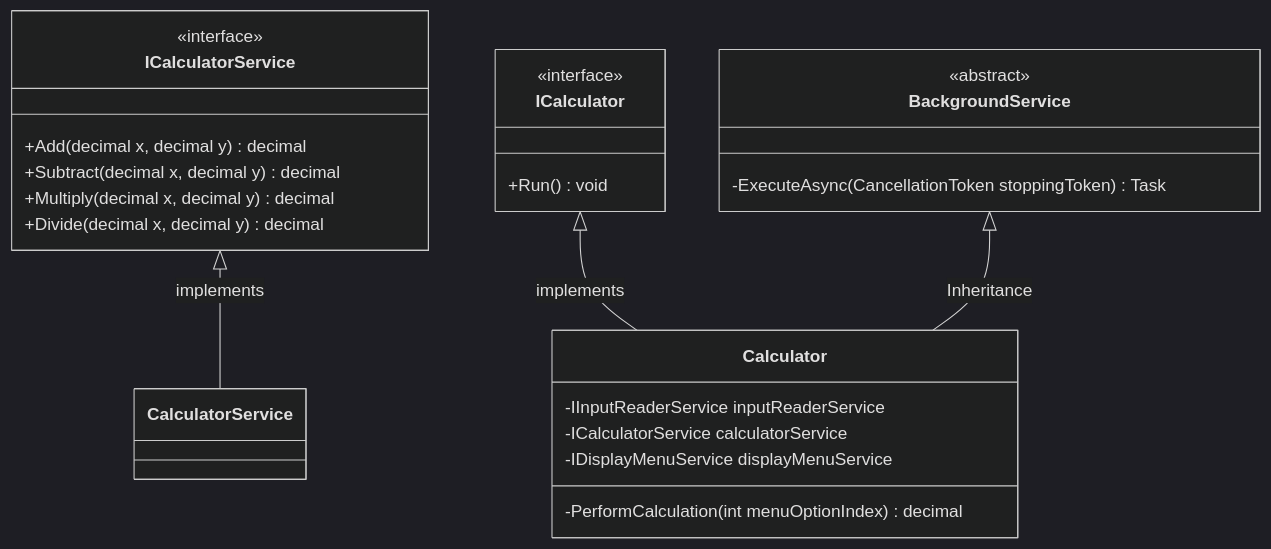
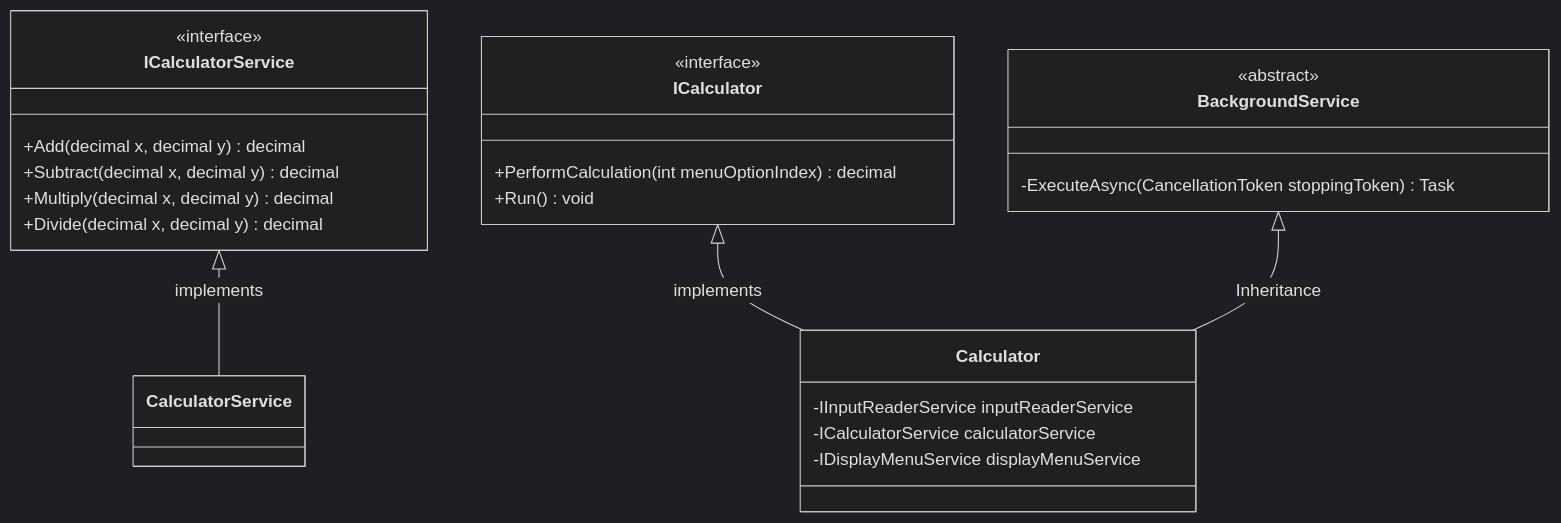
Before and after one commit to thistlehouse/gwcloud-training: the first of 4 diagrams in DependencyInjection/ClassesDiagram.md, drawn with Mermaid (dark theme).

Commit message:
moved function to interface

````diff
--- a/DependencyInjection/ClassesDiagram.md
+++ b/DependencyInjection/ClassesDiagram.md
@@ -1,35 +1,35 @@
 ```mermaid
 classDiagram
     class ICalculatorService {
         <<interface>> 
         +Add(decimal x, decimal y) decimal
         +Subtract(decimal x, decimal y) decimal
         +Multiply(decimal x, decimal y) decimal
         +Divide(decimal x, decimal y) decimal
     } 
         
     class CalculatorService {
 
     }
 
     class ICalculator {
         <<interface>> 
+        +PerformCalculation(int menuOptionIndex) decimal
         +Run() void
     }
 
     class Calculator {
         -IInputReaderService inputReaderService
         -ICalculatorService calculatorService
-        -IDisplayMenuService displayMenuService
-        -PerformCalculation(int menuOptionIndex) decimal
+        -IDisplayMenuService displayMenuService        
     }
 
     class BackgroundService {
         <<abstract>>
         -ExecuteAsync(CancellationToken stoppingToken) Task
     }
 
     ICalculatorService <|--  CalculatorService : implements
     ICalculator <|-- Calculator : implements
     BackgroundService <|-- Calculator : Inheritance
 ```
````
